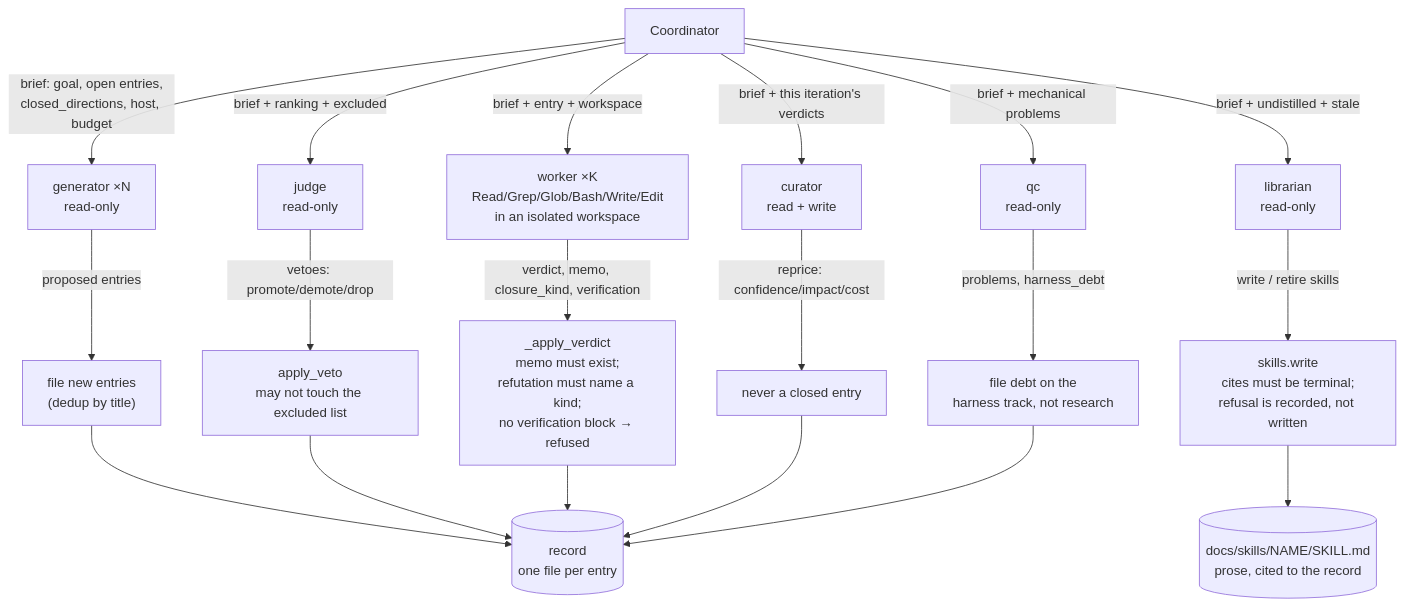
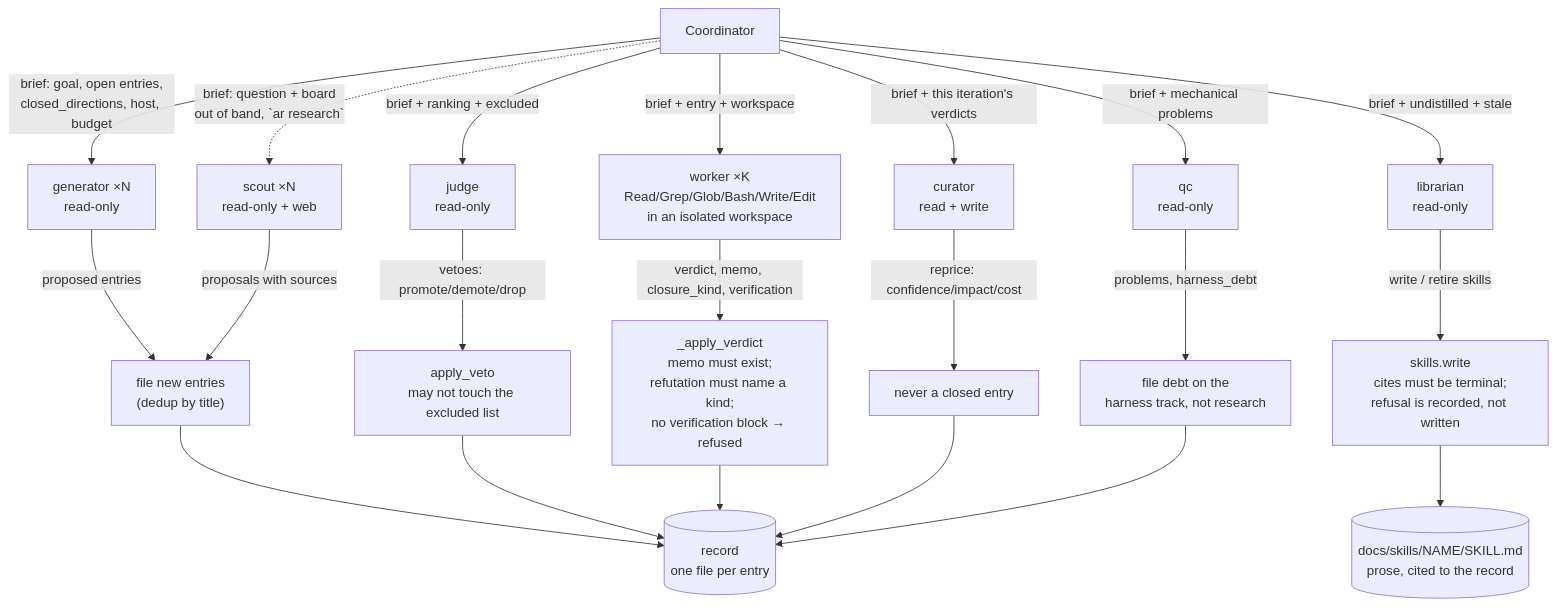
The third of 6 diagrams in docs/ARCHITECTURE.md (Ryun1/auto-research-toolkit), drawn with Mermaid before and after one commit. The commit also changed other lines of this file and 2 other files, not shown here.

First line of the commit message:
Docs: align counts, brain diagram, and CLI examples with the code

````diff
--- a/docs/ARCHITECTURE.md
+++ b/docs/ARCHITECTURE.md
@@ -136,29 +137,32 @@
 ```mermaid
 flowchart TB
     coord["Coordinator"]
 
     coord -->|"brief: goal, open entries,<br/>closed_directions, host, budget"| gen["generator ×N<br/>read-only"]
     gen -->|"proposed entries"| file["file new entries<br/>(dedup by title)"]
 
     coord -->|"brief + ranking + excluded"| judge["judge<br/>read-only"]
     judge -->|"vetoes: promote/demote/drop"| veto["apply_veto<br/>may not touch the excluded list"]
 
     coord -->|"brief + entry + workspace"| worker["worker ×K<br/>Read/Grep/Glob/Bash/Write/Edit<br/>in an isolated workspace"]
     worker -->|"verdict, memo, closure_kind, verification"| apply["_apply_verdict<br/>memo must exist;<br/>refutation must name a kind;<br/>no verification block → refused"]
 
     coord -->|"brief + this iteration's verdicts"| cur["curator<br/>read + write"]
     cur -->|"reprice: confidence/impact/cost"| repr["never a closed entry"]
 
     coord -->|"brief + undistilled + stale"| lib["librarian<br/>read-only"]
     lib -->|"write / retire skills"| skw["skills.write<br/>cites must be terminal;<br/>refusal is recorded, not written"]
 
     coord -->|"brief + mechanical problems"| qc["qc<br/>read-only"]
     qc -->|"problems, harness_debt"| debt["file debt on the<br/>harness track, not research"]
 
+    coord -.->|"brief: question + board<br/>out of band, `ar research`"| scout["scout ×N<br/>read-only + web"]
+    scout -->|"proposals with sources"| file
+
     file --> store[("record<br/>one file per entry")]
     veto --> store
     apply --> store
     repr --> store
     debt --> store
     skw --> sk[("docs/skills/NAME/SKILL.md<br/>prose, cited to the record")]
 ```
````
